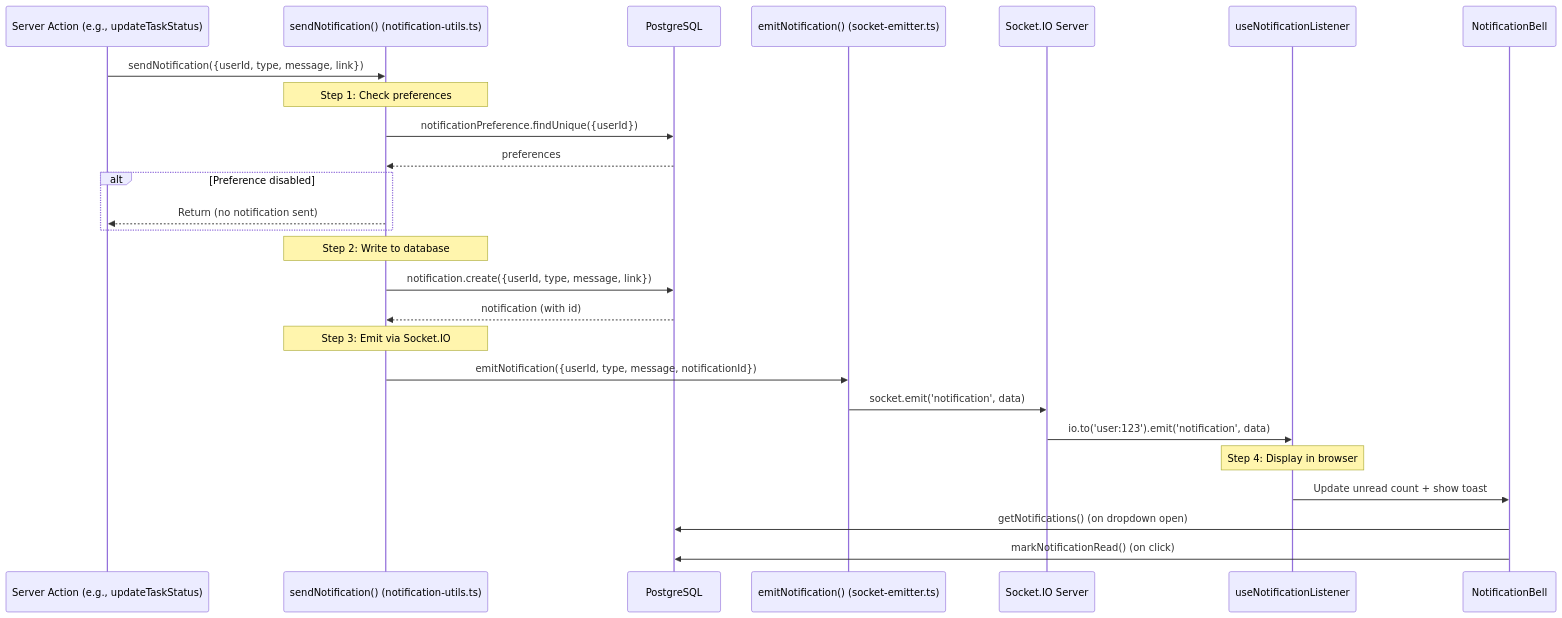
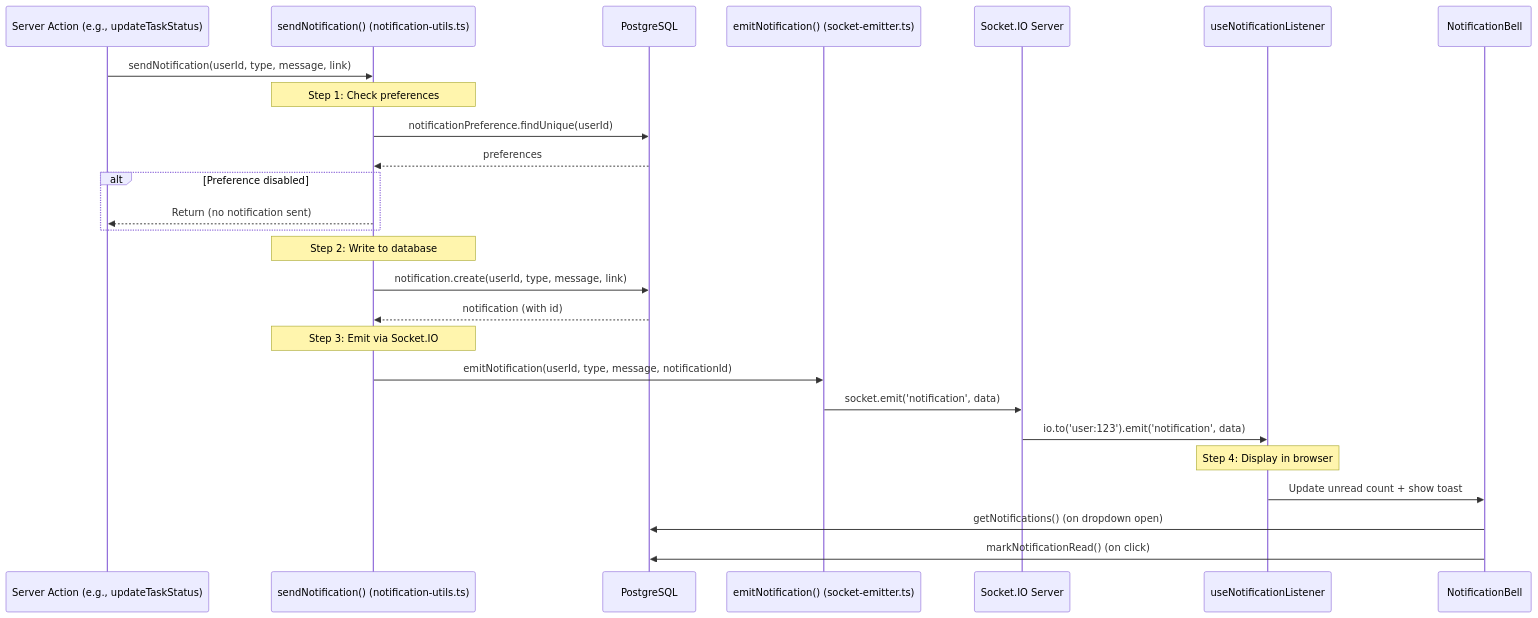
One commit to asefahmed500/Smart-Task-App_IIT_DU_Final_Project changed the second of 5 diagrams in docs/06-notification-system.md. Above: the diagram before and after it, drawn with Mermaid. The commit also changed other lines of this file and 9 other files, not shown here.

Commit message:
fix: update AGENTS.md with Vercel deployment notes and additional mermaid cleanups

````diff
--- a/docs/06-notification-system.md
+++ b/docs/06-notification-system.md
@@ -80,38 +80,38 @@
 ```mermaid
 sequenceDiagram
     participant Action as Server Action (e.g., updateTaskStatus)
     participant NotifUtils as sendNotification() (notification-utils.ts)
     participant DB as PostgreSQL
     participant Emitter as emitNotification() (socket-emitter.ts)
     participant SocketSrv as Socket.IO Server
     participant Browser as useNotificationListener
     participant Bell as NotificationBell
 
-    Action->>NotifUtils: sendNotification({userId, type, message, link})
+    Action->>NotifUtils: sendNotification(userId, type, message, link)
 
     Note over NotifUtils: Step 1: Check preferences
 
-    NotifUtils->>DB: notificationPreference.findUnique({userId})
+    NotifUtils->>DB: notificationPreference.findUnique(userId)
     DB-->>NotifUtils: preferences
 
     alt Preference disabled
         NotifUtils-->>Action: Return (no notification sent)
     end
 
     Note over NotifUtils: Step 2: Write to database
 
-    NotifUtils->>DB: notification.create({userId, type, message, link})
+    NotifUtils->>DB: notification.create(userId, type, message, link)
     DB-->>NotifUtils: notification (with id)
 
     Note over NotifUtils: Step 3: Emit via Socket.IO
 
-    NotifUtils->>Emitter: emitNotification({userId, type, message, notificationId})
+    NotifUtils->>Emitter: emitNotification(userId, type, message, notificationId)
     Emitter->>SocketSrv: socket.emit('notification', data)
     SocketSrv->>Browser: io.to('user:123').emit('notification', data)
 
     Note over Browser: Step 4: Display in browser
 
     Browser->>Bell: Update unread count + show toast
     Bell->>DB: getNotifications() (on dropdown open)
     Bell->>DB: markNotificationRead() (on click)
 ```
````
